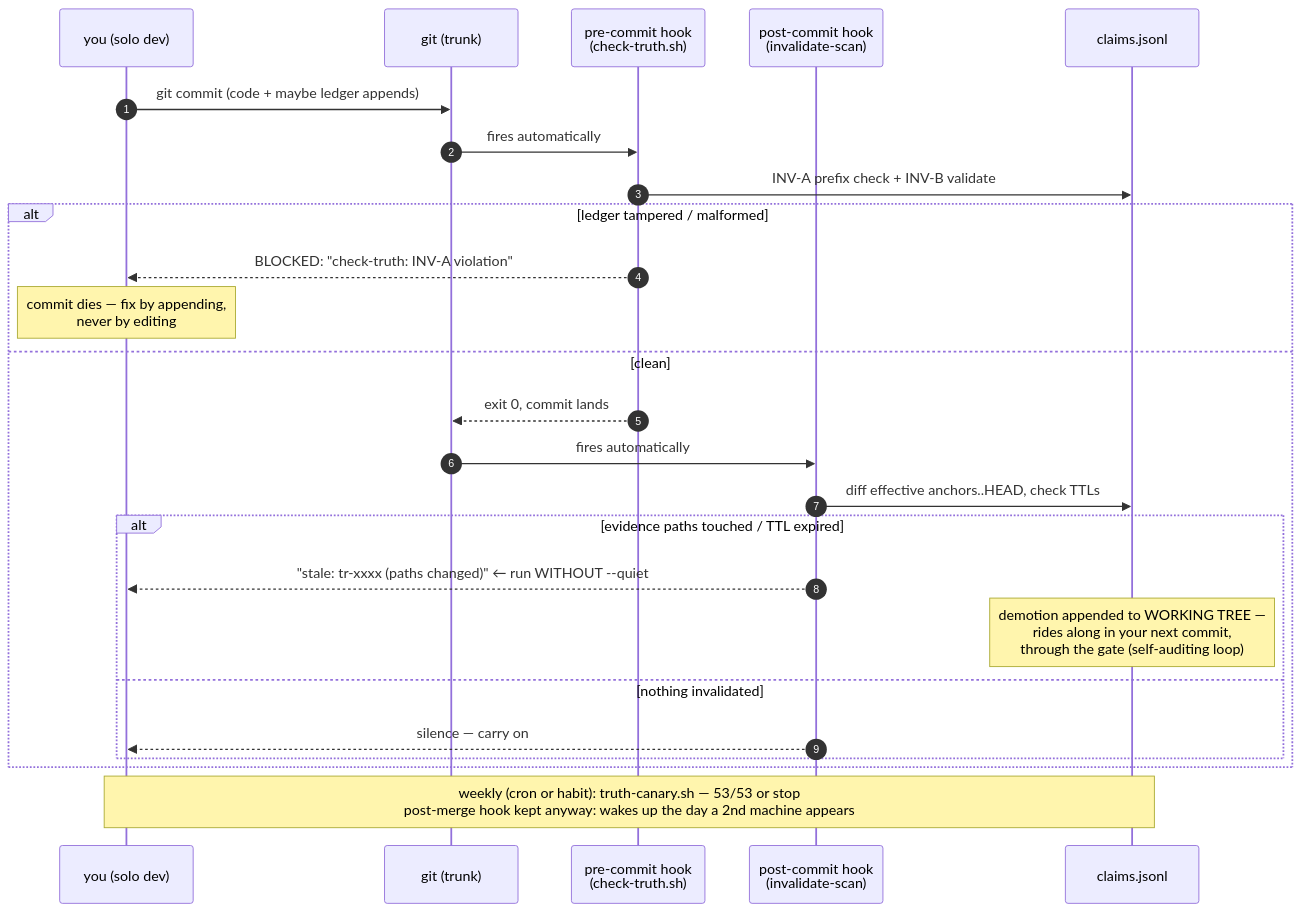
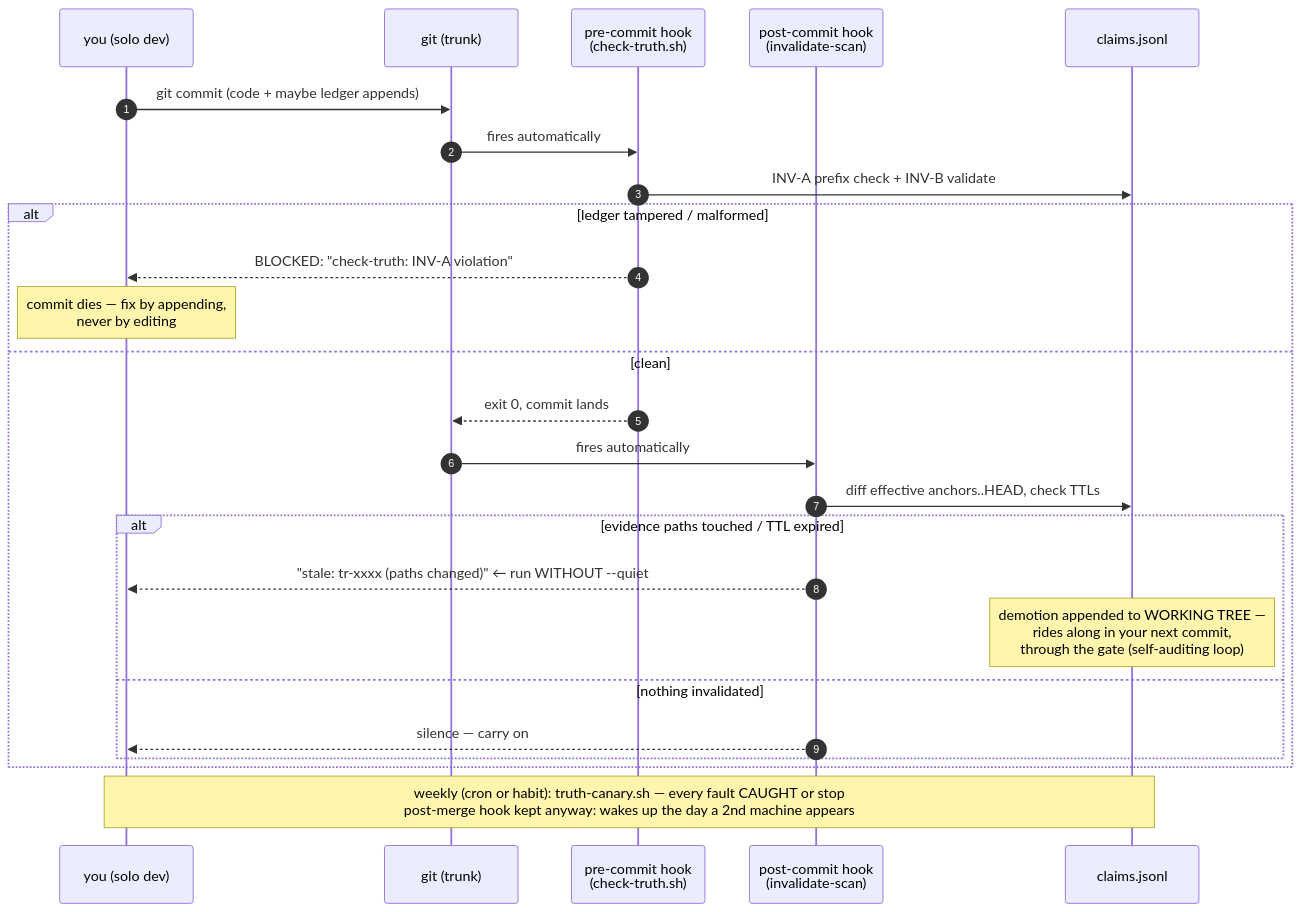
One commit to m1981/truth-ledger changed the second of 4 diagrams in docs/truth-ledger-operations-guide.md. Above: the diagram before and after it, drawn with Mermaid. The commit also changed other lines of this file and 14 other files, not shown here.

````diff
--- a/docs/truth-ledger-operations-guide.md
+++ b/docs/truth-ledger-operations-guide.md
@@ -143,28 +143,28 @@
 ```mermaid
 sequenceDiagram
     autonumber
     participant D as you (solo dev)
     participant G as git (trunk)
     participant PC as pre-commit hook<br/>(check-truth.sh)
     participant POC as post-commit hook<br/>(invalidate-scan)
     participant L as claims.jsonl
 
     D->>G: git commit (code + maybe ledger appends)
     G->>PC: fires automatically
     PC->>L: INV-A prefix check + INV-B validate
     alt ledger tampered / malformed
         PC-->>D: BLOCKED: "check-truth: INV-A violation"
         Note over D: commit dies — fix by appending,<br/>never by editing
     else clean
         PC-->>G: exit 0, commit lands
         G->>POC: fires automatically
         POC->>L: diff effective anchors..HEAD, check TTLs
         alt evidence paths touched / TTL expired
             POC-->>D: "stale: tr-xxxx (paths changed)"  ← run WITHOUT --quiet
             Note over L: demotion appended to WORKING TREE —<br/>rides along in your next commit,<br/>through the gate (self-auditing loop)
         else nothing invalidated
             POC-->>D: silence — carry on
         end
     end
-    Note over D,L: weekly (cron or habit): truth-canary.sh — 53/53 or stop<br/>post-merge hook kept anyway: wakes up the day a 2nd machine appears
+    Note over D,L: weekly (cron or habit): truth-canary.sh — every fault CAUGHT or stop<br/>post-merge hook kept anyway: wakes up the day a 2nd machine appears
 ```
````
